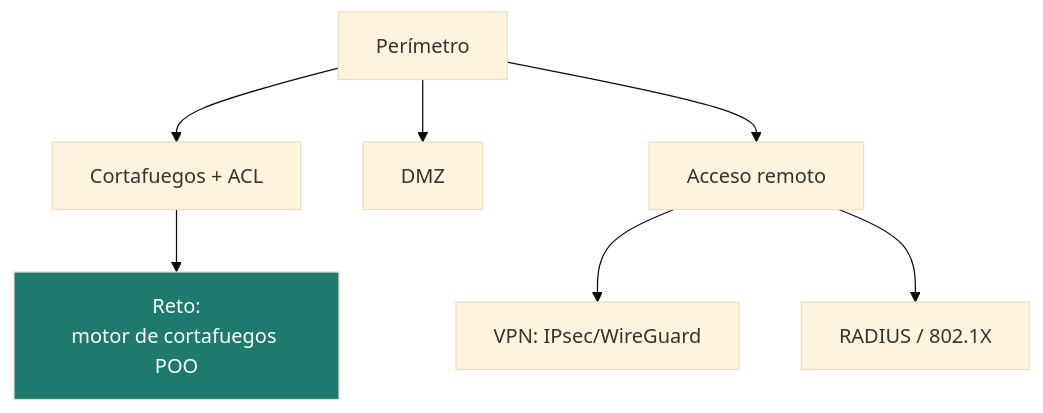
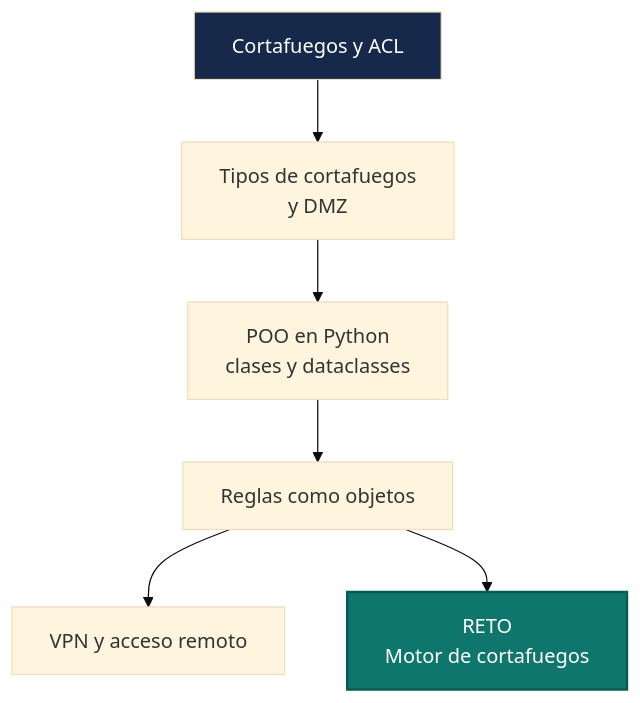
The first of 6 diagrams in docs/ud3/index.md (campusdevfp/cybersec2627), drawn with Mermaid (base theme) before and after one commit. The commit also changed other lines of this file and 5 other files, not shown here.

````diff
--- a/docs/ud3/index.md
+++ b/docs/ud3/index.md
@@ -15,10 +10,10 @@
 ```mermaid
 flowchart TB
-    A[Perímetro] --> B[Cortafuegos + ACL]
-    A --> C[DMZ]
-    A --> D[Acceso remoto]
-    D --> D1[VPN: IPsec/WireGuard]
-    D --> D2[RADIUS / 802.1X]
-    B --> P[Reto:<br/>motor de cortafuegos POO]
-    style P fill:#1d7a6c,color:#fff
+    A["Cortafuegos y ACL"] --> B["Tipos de cortafuegos<br/>y DMZ"]
+    B --> C["POO en Python<br/>clases y dataclasses"]
+    C --> D["Reglas como objetos"]
+    D --> E["VPN y acceso remoto"]
+    D --> P["RETO<br/>Motor de cortafuegos"]
+    style P fill:#0f766e,color:#fff,stroke:#0a5c52,stroke-width:2px
+    style A fill:#16294a,color:#fff
 ```
````
